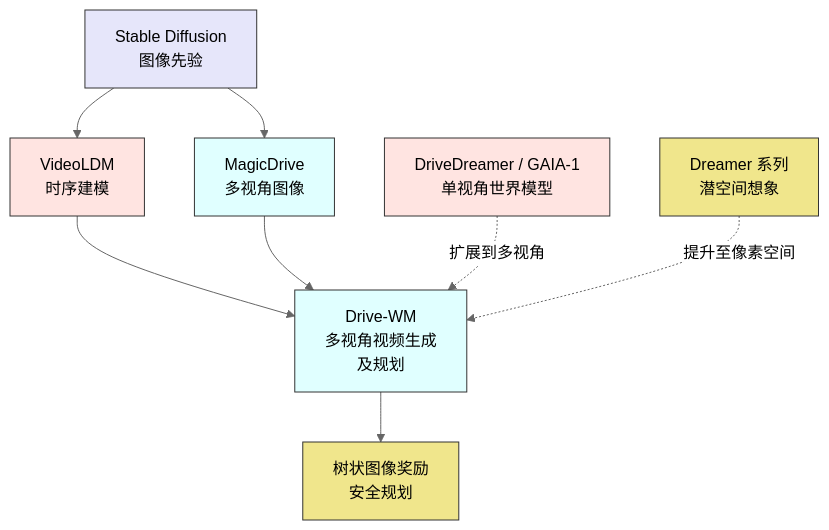
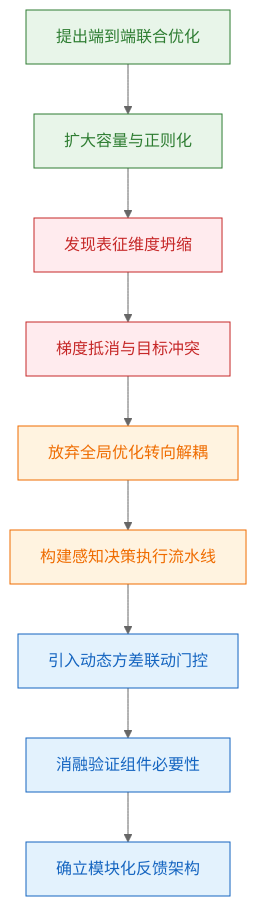
The seventh of 10 diagrams in person_vault/2026-06-08_DrivingIntoTheFuture_2311.17918/report.md (ShinewineW/paper-rolling), drawn with Mermaid (neutral theme) before and after one commit. The commit also changed other lines of this file and 300 other files, not shown here.

````diff
--- a/person_vault/2026-06-08_DrivingIntoTheFuture_2311.17918/report.md
+++ b/person_vault/2026-06-08_DrivingIntoTheFuture_2311.17918/report.md
@@ -608,22 +352,16 @@
 ```mermaid
 graph TB
-    SD["Stable Diffusion<br/>图像先验"] --> VL["VideoLDM<br/>时序建模"]
-    SD --> Magic["MagicDrive<br/>多视角图像"]
-    VL --> DW["Drive-WM<br/>多视角视频生成<br/>及规划"]
-    Magic --> DW
-    Single["DriveDreamer / GAIA-1<br/>单视角世界模型"] -.->|扩展到多视角| DW
-    DR["Dreamer 系列<br/>潜空间想象"] -.->|提升至像素空间| DW
-    DW --> Plan["树状图像奖励<br/>安全规划"]
+    classDef start fill:#e8f5e9,color:#2e7d32,stroke:#2e7d32;
+    classDef fail fill:#ffebee,color:#c62828,stroke:#c62828;
+    classDef pivot fill:#fff3e0,color:#ef6c00,stroke:#ef6c00;
+    classDef success fill:#e3f2fd,color:#1565c0,stroke:#1565c0;
 
-    classDef base fill:#e6e6fa,stroke:#333,color:#000;
-    classDef seq fill:#ffe4e1,stroke:#333,color:#000;
-    classDef multi fill:#e0ffff,stroke:#333,color:#000;
-    classDef plan fill:#f0e68c,stroke:#333,color:#000;
-    class SD base;
-    class VL seq;
-    class Magic multi;
-    class DW multi;
-    class Single seq;
-    class DR plan;
-    class Plan plan;
+    init_hypothesis["提出端到端联合优化"]:::start --> early_exp["扩大容量与正则化"]:::start
+    early_exp --> collapse_detect["发现表征维度坍缩"]:::fail
+    collapse_detect --> root_cause["梯度抵消与目标冲突"]:::fail
+    root_cause --> pivot_decision["放弃全局优化转向解耦"]:::pivot
+    pivot_decision --> modular_design["构建感知决策执行流水线"]:::pivot
+    modular_design --> gate_mechanism["引入动态方差联动门控"]:::success
+    gate_mechanism --> ablation_verify["消融验证组件必要性"]:::success
+    ablation_verify --> final_arch["确立模块化反馈架构"]:::success
 ```
````
